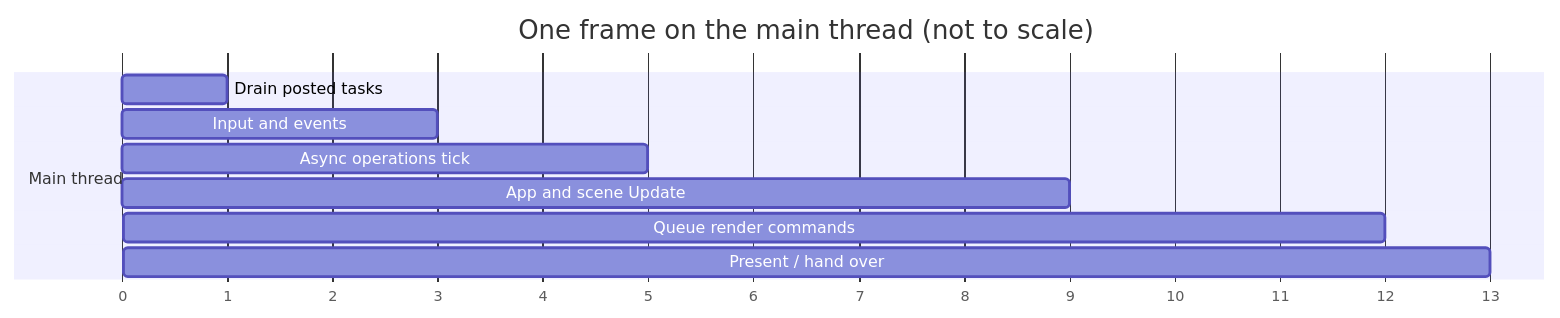
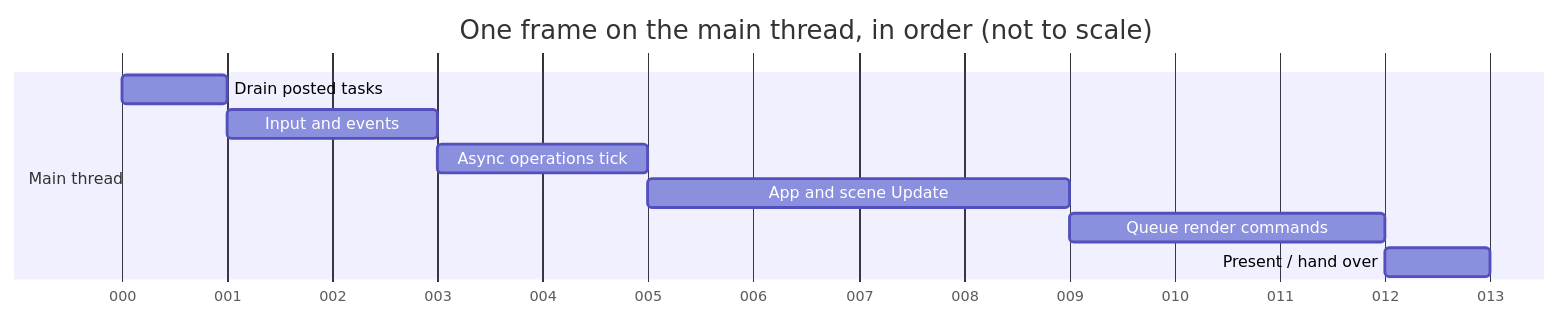
Before and after one commit to b1nary0/RZE: the fourth of 4 diagrams in Docs/Generated/Engine/02-Architecture/Engine-Startup-And-Frame-Loop.md, drawn with Mermaid. The commit also changed other lines of this file and 21 other files, not shown here.

First line of the commit message:
Fix diagrams that failed to render or hid their own text

````diff
--- a/Docs/Generated/Engine/02-Architecture/Engine-Startup-And-Frame-Loop.md
+++ b/Docs/Generated/Engine/02-Architecture/Engine-Startup-And-Frame-Loop.md
@@ -120,13 +122,13 @@
 ```mermaid
 gantt
-    dateFormat X
-    axisFormat %s
-    title One frame on the main thread (not to scale)
+    dateFormat x
+    axisFormat %L
+    title One frame on the main thread, in order (not to scale)
     section Main thread
-    Drain posted tasks         :0, 1
-    Input and events           :1, 3
-    Async operations tick      :3, 5
-    App and scene Update       :5, 9
-    Queue render commands      :9, 12
-    Present / hand over        :12, 13
+    Drain posted tasks         :a, 0, 1ms
+    Input and events           :b, after a, 2ms
+    Async operations tick      :c, after b, 2ms
+    App and scene Update       :d, after c, 4ms
+    Queue render commands      :e, after d, 3ms
+    Present / hand over        :f, after e, 1ms
 ```
````
